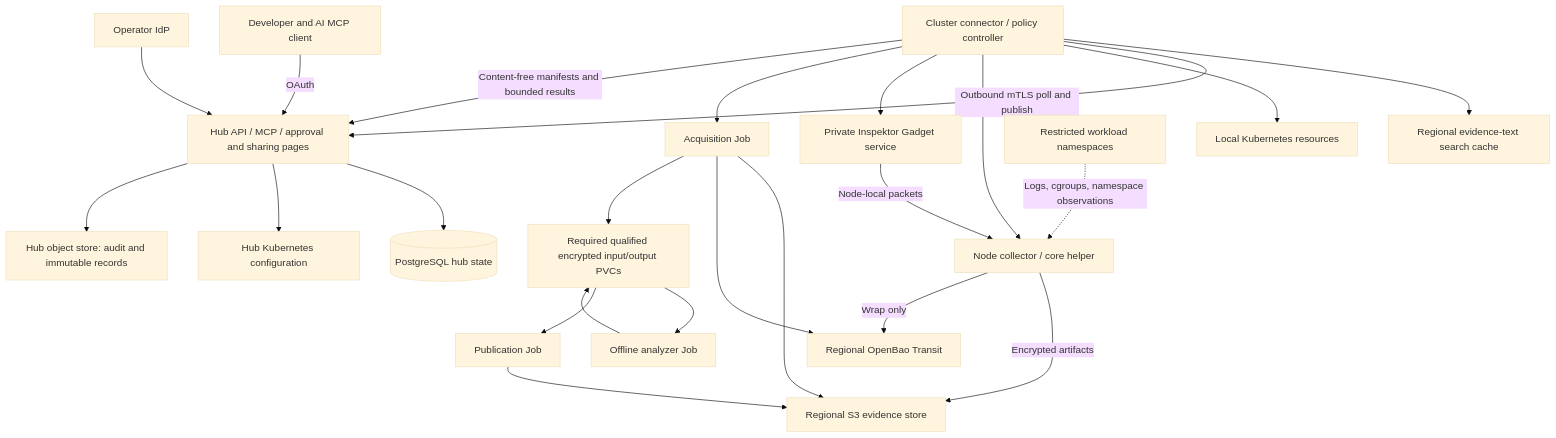
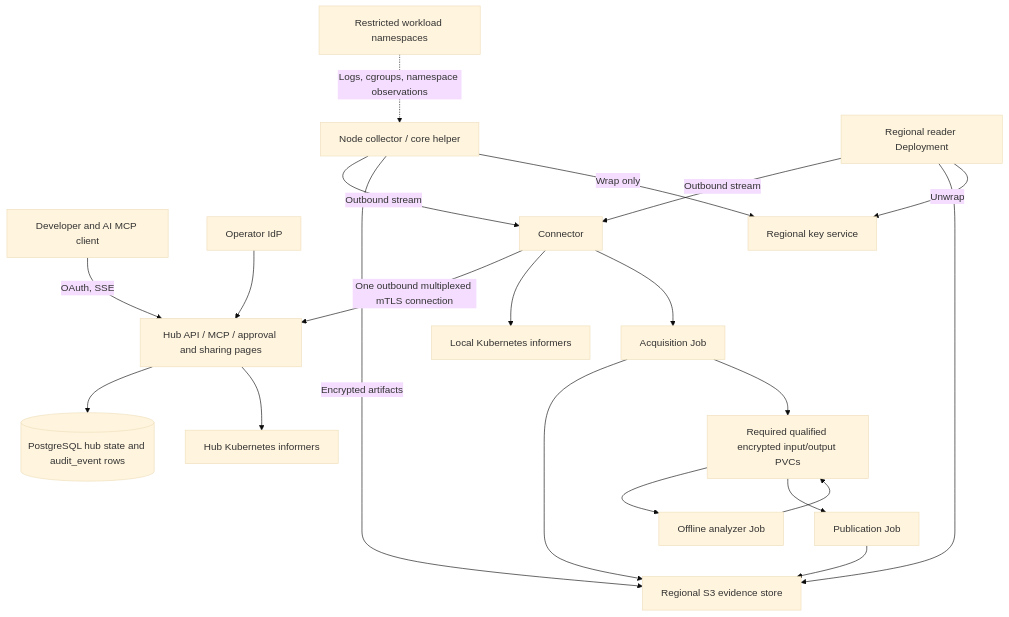
Before and after one commit to phihos/asservat: the diagram in docs/architecture.md, drawn with Mermaid (base theme). The commit also changed other lines of this file and 590 other files, not shown here.

````diff
--- a/docs/architecture.md
+++ b/docs/architecture.md
@@ -9,26 +9,23 @@
 ```mermaid
 flowchart TB
-    Dev[Developer and AI MCP client] -->|OAuth| Hub[Hub API / MCP / approval and sharing pages]
-    Hub --> DB[(PostgreSQL hub state)]
+    Dev[Developer and AI MCP client] -->|OAuth, SSE| Hub[Hub API / MCP / approval and sharing pages]
+    Hub --> DB[(PostgreSQL hub state and audit_event rows)]
     IdP[Operator IdP] --> Hub
-    Hub --> HC[Hub Kubernetes configuration]
-    Cluster --> Index[Regional evidence-text search cache]
-    Hub --> HS[Hub object store: audit and immutable records]
-    Cluster[Cluster connector / policy controller] -->|Outbound mTLS poll and publish| Hub
-    Cluster --> KC[Local Kubernetes resources]
-    Cluster --> Node[Node collector / core helper]
-    Cluster --> IG[Private Inspektor Gadget service]
-    IG -->|Node-local packets| Node
+    Hub --> HC[Hub Kubernetes informers]
+    Cluster[Connector] -->|One outbound multiplexed mTLS connection| Hub
+    Cluster --> KC[Local Kubernetes informers]
+    Node[Node collector / core helper] -->|Outbound stream| Cluster
+    Reader[Regional reader Deployment] -->|Outbound stream| Cluster
     Workload[Restricted workload namespaces] -.->|Logs, cgroups, namespace observations| Node
     Node -->|Encrypted artifacts| Store[Regional S3 evidence store]
-    Node -->|Wrap only| KMS[Regional OpenBao Transit]
+    Node -->|Wrap only| KMS[Regional key service]
+    Reader --> Store
+    Reader -->|Unwrap| KMS
     Cluster --> Prep[Acquisition Job]
     Prep --> Store
-    Prep --> KMS
     Prep --> Scratch[Required qualified encrypted input/output PVCs]
     Scratch --> Analyze[Offline analyzer Job]
     Analyze --> Scratch
     Scratch --> Publish[Publication Job]
     Publish --> Store
-    Cluster -->|Content-free manifests and bounded results| Hub
 ```
````
